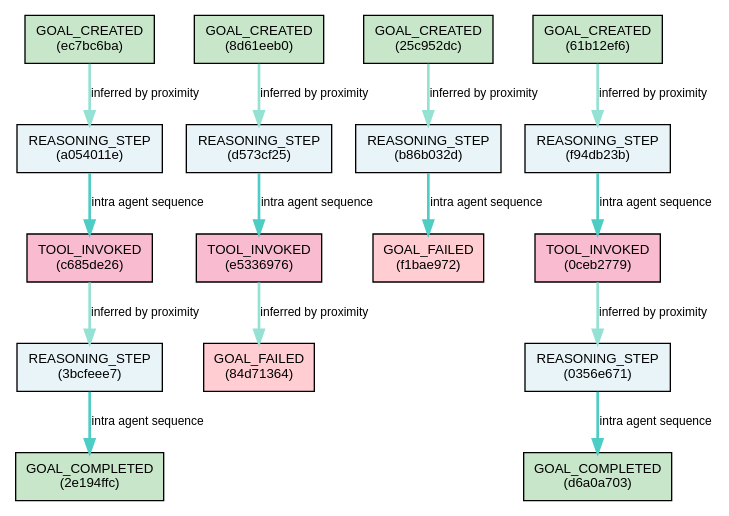
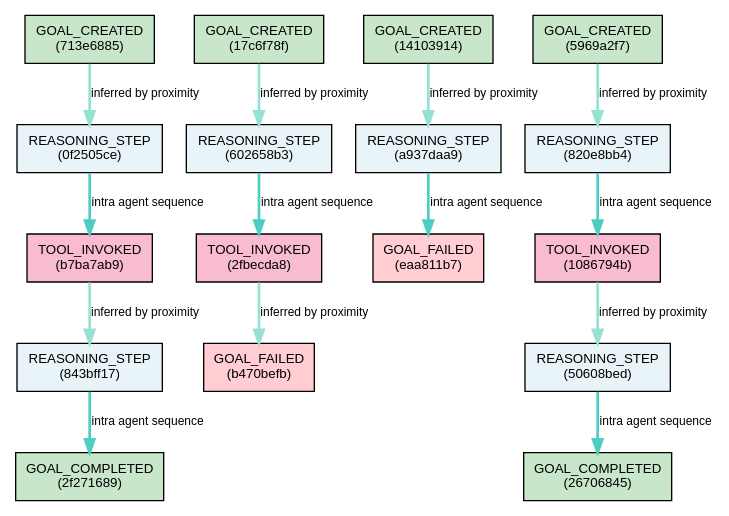
One commit to miltzhaw/langraph_playground changed the diagram in realistic_dag.dot. Above: the diagram before and after it, drawn with Graphviz. The commit also changed 5 other files, not shown here.

Commit message:
updated graphics

```diff
--- a/realistic_dag.dot
+++ b/realistic_dag.dot
@@ -1,39 +1,39 @@
 
 digraph CausalDAG {
     rankdir=TB;
     bgcolor=white;
     node [shape=box, style=filled, fontname="Arial", fontsize=10];
     edge [fontname="Arial", fontsize=9];
     
-        "ec7bc6ba-c621-4811-aaeb-af3737708280" [label="GOAL_CREATED\n(ec7bc6ba)", fillcolor="#C8E6C9"];
-    "a054011e-a5d2-426c-b6e3-0d0b414eb3de" [label="REASONING_STEP\n(a054011e)", fillcolor="#E8F4F8"];
-    "c685de26-ccde-4c8d-b618-e979f2ebce06" [label="TOOL_INVOKED\n(c685de26)", fillcolor="#F8BBD0"];
-    "3bcfeee7-3801-48ee-b138-1cef8709174c" [label="REASONING_STEP\n(3bcfeee7)", fillcolor="#E8F4F8"];
-    "2e194ffc-9994-4984-879e-83e07cc792a4" [label="GOAL_COMPLETED\n(2e194ffc)", fillcolor="#C8E6C9"];
-    "8d61eeb0-4d9e-4405-9ca7-3963f3172228" [label="GOAL_CREATED\n(8d61eeb0)", fillcolor="#C8E6C9"];
-    "d573cf25-719d-4fcb-8793-fc6033028e0e" [label="REASONING_STEP\n(d573cf25)", fillcolor="#E8F4F8"];
-    "e5336976-11d4-4d3a-8976-477e6926a665" [label="TOOL_INVOKED\n(e5336976)", fillcolor="#F8BBD0"];
-    "84d71364-42b2-4975-9b4a-891e7c857995" [label="GOAL_FAILED\n(84d71364)", fillcolor="#FFCDD2"];
-    "25c952dc-c1f6-4800-bf44-4175af28fed1" [label="GOAL_CREATED\n(25c952dc)", fillcolor="#C8E6C9"];
-    "b86b032d-b666-4321-8c0e-10b5189fcd64" [label="REASONING_STEP\n(b86b032d)", fillcolor="#E8F4F8"];
-    "f1bae972-a9bb-4726-8700-f03791dc06d5" [label="GOAL_FAILED\n(f1bae972)", fillcolor="#FFCDD2"];
-    "61b12ef6-42f9-4f25-8bb2-0152e102d70c" [label="GOAL_CREATED\n(61b12ef6)", fillcolor="#C8E6C9"];
-    "f94db23b-76d4-4a04-8fbf-d111f9670795" [label="REASONING_STEP\n(f94db23b)", fillcolor="#E8F4F8"];
-    "0ceb2779-3417-4015-8507-b44a89fe2086" [label="TOOL_INVOKED\n(0ceb2779)", fillcolor="#F8BBD0"];
-    "0356e671-9bfe-464f-bf84-11a16d4efb57" [label="REASONING_STEP\n(0356e671)", fillcolor="#E8F4F8"];
-    "d6a0a703-335a-4503-aaac-baa4b41d7f5c" [label="GOAL_COMPLETED\n(d6a0a703)", fillcolor="#C8E6C9"];
+        "713e6885-4b8f-4cac-8b63-dc1bee5c01dd" [label="GOAL_CREATED\n(713e6885)", fillcolor="#C8E6C9"];
+    "0f2505ce-de52-4c0e-8e3b-ec02ed29a2f4" [label="REASONING_STEP\n(0f2505ce)", fillcolor="#E8F4F8"];
+    "b7ba7ab9-dce7-44e9-8a72-bbc1b99247f9" [label="TOOL_INVOKED\n(b7ba7ab9)", fillcolor="#F8BBD0"];
+    "843bff17-69a5-47e8-9dcf-6cf6580e1b4b" [label="REASONING_STEP\n(843bff17)", fillcolor="#E8F4F8"];
+    "2f271689-8be6-40c9-9f0d-488a560c0639" [label="GOAL_COMPLETED\n(2f271689)", fillcolor="#C8E6C9"];
+    "17c6f78f-8990-4de1-9249-246944535627" [label="GOAL_CREATED\n(17c6f78f)", fillcolor="#C8E6C9"];
+    "602658b3-b7ca-44f7-9fa5-628312f518d5" [label="REASONING_STEP\n(602658b3)", fillcolor="#E8F4F8"];
+    "2fbecda8-487b-440c-bbb3-9fa0d74b31a0" [label="TOOL_INVOKED\n(2fbecda8)", fillcolor="#F8BBD0"];
+    "b470befb-dc68-409d-bf5d-10c11644eb95" [label="GOAL_FAILED\n(b470befb)", fillcolor="#FFCDD2"];
+    "14103914-6e94-4b0d-8483-7e6913cb504a" [label="GOAL_CREATED\n(14103914)", fillcolor="#C8E6C9"];
+    "a937daa9-c975-4898-817d-fcd4d2e23f1c" [label="REASONING_STEP\n(a937daa9)", fillcolor="#E8F4F8"];
+    "eaa811b7-30b2-44b5-a002-4e3971af1eac" [label="GOAL_FAILED\n(eaa811b7)", fillcolor="#FFCDD2"];
+    "5969a2f7-c2b6-4a49-b1cb-64a004e8069c" [label="GOAL_CREATED\n(5969a2f7)", fillcolor="#C8E6C9"];
+    "820e8bb4-0a16-4d0d-85e1-34de4ffe245c" [label="REASONING_STEP\n(820e8bb4)", fillcolor="#E8F4F8"];
+    "1086794b-028e-4bc0-8de2-5400d775113c" [label="TOOL_INVOKED\n(1086794b)", fillcolor="#F8BBD0"];
+    "50608bed-9b15-4a1c-8e47-74320bd0551d" [label="REASONING_STEP\n(50608bed)", fillcolor="#E8F4F8"];
+    "26706845-c4bb-4f16-a0f1-0a52f3e90a95" [label="GOAL_COMPLETED\n(26706845)", fillcolor="#C8E6C9"];
     
-        "25c952dc-c1f6-4800-bf44-4175af28fed1" -> "b86b032d-b666-4321-8c0e-10b5189fcd64" [label="inferred by proximity", color="#95E1D3", penwidth=2.0];
-    "0ceb2779-3417-4015-8507-b44a89fe2086" -> "0356e671-9bfe-464f-bf84-11a16d4efb57" [label="inferred by proximity", color="#95E1D3", penwidth=2.0];
-    "8d61eeb0-4d9e-4405-9ca7-3963f3172228" -> "d573cf25-719d-4fcb-8793-fc6033028e0e" [label="inferred by proximity", color="#95E1D3", penwidth=2.0];
-    "d573cf25-719d-4fcb-8793-fc6033028e0e" -> "e5336976-11d4-4d3a-8976-477e6926a665" [label="intra agent sequence", color="#4ECDC4", penwidth=2.0];
-    "f94db23b-76d4-4a04-8fbf-d111f9670795" -> "0ceb2779-3417-4015-8507-b44a89fe2086" [label="intra agent sequence", color="#4ECDC4", penwidth=2.0];
-    "a054011e-a5d2-426c-b6e3-0d0b414eb3de" -> "c685de26-ccde-4c8d-b618-e979f2ebce06" [label="intra agent sequence", color="#4ECDC4", penwidth=2.0];
-    "ec7bc6ba-c621-4811-aaeb-af3737708280" -> "a054011e-a5d2-426c-b6e3-0d0b414eb3de" [label="inferred by proximity", color="#95E1D3", penwidth=2.0];
-    "c685de26-ccde-4c8d-b618-e979f2ebce06" -> "3bcfeee7-3801-48ee-b138-1cef8709174c" [label="inferred by proximity", color="#95E1D3", penwidth=2.0];
-    "e5336976-11d4-4d3a-8976-477e6926a665" -> "84d71364-42b2-4975-9b4a-891e7c857995" [label="inferred by proximity", color="#95E1D3", penwidth=2.0];
-    "61b12ef6-42f9-4f25-8bb2-0152e102d70c" -> "f94db23b-76d4-4a04-8fbf-d111f9670795" [label="inferred by proximity", color="#95E1D3", penwidth=2.0];
-    "0356e671-9bfe-464f-bf84-11a16d4efb57" -> "d6a0a703-335a-4503-aaac-baa4b41d7f5c" [label="intra agent sequence", color="#4ECDC4", penwidth=2.0];
-    "3bcfeee7-3801-48ee-b138-1cef8709174c" -> "2e194ffc-9994-4984-879e-83e07cc792a4" [label="intra agent sequence", color="#4ECDC4", penwidth=2.0];
-    "b86b032d-b666-4321-8c0e-10b5189fcd64" -> "f1bae972-a9bb-4726-8700-f03791dc06d5" [label="intra agent sequence", color="#4ECDC4", penwidth=2.0];
+        "a937daa9-c975-4898-817d-fcd4d2e23f1c" -> "eaa811b7-30b2-44b5-a002-4e3971af1eac" [label="intra agent sequence", color="#4ECDC4", penwidth=2.0];
+    "17c6f78f-8990-4de1-9249-246944535627" -> "602658b3-b7ca-44f7-9fa5-628312f518d5" [label="inferred by proximity", color="#95E1D3", penwidth=2.0];
+    "0f2505ce-de52-4c0e-8e3b-ec02ed29a2f4" -> "b7ba7ab9-dce7-44e9-8a72-bbc1b99247f9" [label="intra agent sequence", color="#4ECDC4", penwidth=2.0];
+    "843bff17-69a5-47e8-9dcf-6cf6580e1b4b" -> "2f271689-8be6-40c9-9f0d-488a560c0639" [label="intra agent sequence", color="#4ECDC4", penwidth=2.0];
+    "1086794b-028e-4bc0-8de2-5400d775113c" -> "50608bed-9b15-4a1c-8e47-74320bd0551d" [label="inferred by proximity", color="#95E1D3", penwidth=2.0];
+    "50608bed-9b15-4a1c-8e47-74320bd0551d" -> "26706845-c4bb-4f16-a0f1-0a52f3e90a95" [label="intra agent sequence", color="#4ECDC4", penwidth=2.0];
+    "2fbecda8-487b-440c-bbb3-9fa0d74b31a0" -> "b470befb-dc68-409d-bf5d-10c11644eb95" [label="inferred by proximity", color="#95E1D3", penwidth=2.0];
+    "820e8bb4-0a16-4d0d-85e1-34de4ffe245c" -> "1086794b-028e-4bc0-8de2-5400d775113c" [label="intra agent sequence", color="#4ECDC4", penwidth=2.0];
+    "5969a2f7-c2b6-4a49-b1cb-64a004e8069c" -> "820e8bb4-0a16-4d0d-85e1-34de4ffe245c" [label="inferred by proximity", color="#95E1D3", penwidth=2.0];
+    "713e6885-4b8f-4cac-8b63-dc1bee5c01dd" -> "0f2505ce-de52-4c0e-8e3b-ec02ed29a2f4" [label="inferred by proximity", color="#95E1D3", penwidth=2.0];
+    "b7ba7ab9-dce7-44e9-8a72-bbc1b99247f9" -> "843bff17-69a5-47e8-9dcf-6cf6580e1b4b" [label="inferred by proximity", color="#95E1D3", penwidth=2.0];
+    "14103914-6e94-4b0d-8483-7e6913cb504a" -> "a937daa9-c975-4898-817d-fcd4d2e23f1c" [label="inferred by proximity", color="#95E1D3", penwidth=2.0];
+    "602658b3-b7ca-44f7-9fa5-628312f518d5" -> "2fbecda8-487b-440c-bbb3-9fa0d74b31a0" [label="intra agent sequence", color="#4ECDC4", penwidth=2.0];
 }
```
